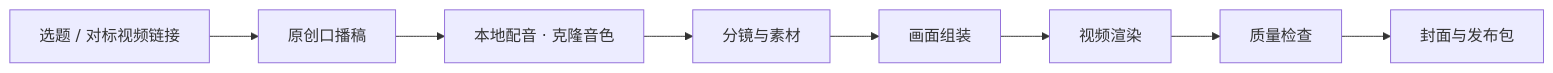
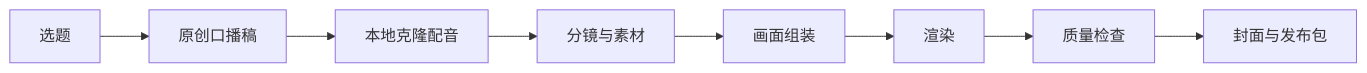
One commit to DaBaoAgent/Auto-Video changed the diagram in README.md. Above: the diagram before and after it, drawn with Mermaid. The commit also changed other lines of this file and 1 other file, not shown here.

````diff
--- a/README.md
+++ b/README.md
@@ -111,10 +187,10 @@
 ```mermaid
 flowchart LR
-    A[选题 / 对标视频链接] --> B[原创口播稿]
-    B --> C[本地配音 · 克隆音色]
+    A[选题] --> B[原创口播稿]
+    B --> C[本地克隆配音]
     C --> D[分镜与素材]
     D --> E[画面组装]
-    E --> F[视频渲染]
+    E --> F[渲染]
     F --> G[质量检查]
     G --> H[封面与发布包]
 ```
````
